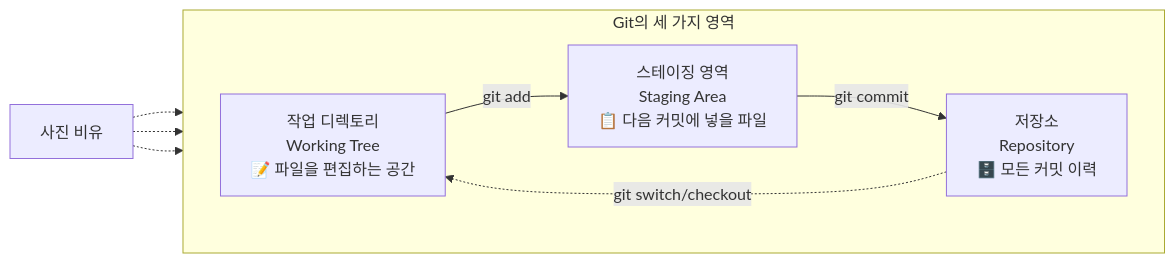
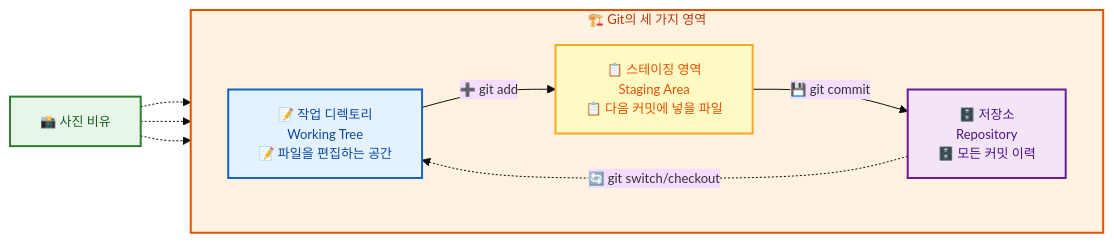
Before and after one commit to jingu279/Document: the second of 3 diagrams in git/02_기초/02_Git_워크플로우.md, drawn with Mermaid. The commit also changed other lines of this file and 24 other files, not shown here.

First line of the commit message:
Git 문서 전체 Mermaid 다이어그램 스타일링 통일

````diff
--- a/git/02_기초/02_Git_워크플로우.md
+++ b/git/02_기초/02_Git_워크플로우.md
@@ -44,17 +63,30 @@
 ```mermaid
+%%{init: {'theme': 'base', 'themeVariables': {'fontSize': '13px'}}}%%
 flowchart LR
-  subgraph ThreeAreas[Git의 세 가지 영역]
+  subgraph ThreeAreas["🏗️ Git의 세 가지 영역"]
     direction LR
-    W[작업 디렉토리<br/>Working Tree<br/>📝 파일을 편집하는 공간]
-    S[스테이징 영역<br/>Staging Area<br/>📋 다음 커밋에 넣을 파일]
-    R[저장소<br/>Repository<br/>🗄️ 모든 커밋 이력]
+    W["📝 작업 디렉토리<br/>Working Tree<br/>📝 파일을 편집하는 공간"]
+    S["📋 스테이징 영역<br/>Staging Area<br/>📋 다음 커밋에 넣을 파일"]
+    R["🗄️ 저장소<br/>Repository<br/>🗄️ 모든 커밋 이력"]
 
-    W -->|git add| S
-    S -->|git commit| R
-    R -.->|git switch/checkout| W
+    W -->|"➕ git add"| S
+    S -->|"💾 git commit"| R
+    R -.->|"🔄 git switch/checkout"| W
   end
 
-  Photo[사진 비유] -.-> W
+  Photo["📸 사진 비유"] -.-> W
   Photo -.-> S
   Photo -.-> R
+
+  classDef main fill:#fff3e0,stroke:#e65100,stroke-width:2px,color:#bf360c
+  classDef sub fill:#e8f5e9,stroke:#2e7d32,stroke-width:2px,color:#1b5e20
+  classDef proc fill:#e3f2fd,stroke:#1565c0,stroke-width:2px,color:#0d47a1
+  classDef decision fill:#fff9c4,stroke:#f9a825,stroke-width:2px,color:#e65100
+  classDef highlight fill:#f3e5f5,stroke:#6a1b9a,stroke-width:2px,color:#4a148c
+
+  class ThreeAreas main
+  class W proc
+  class S decision
+  class R highlight
+  class Photo sub
 ```
````
